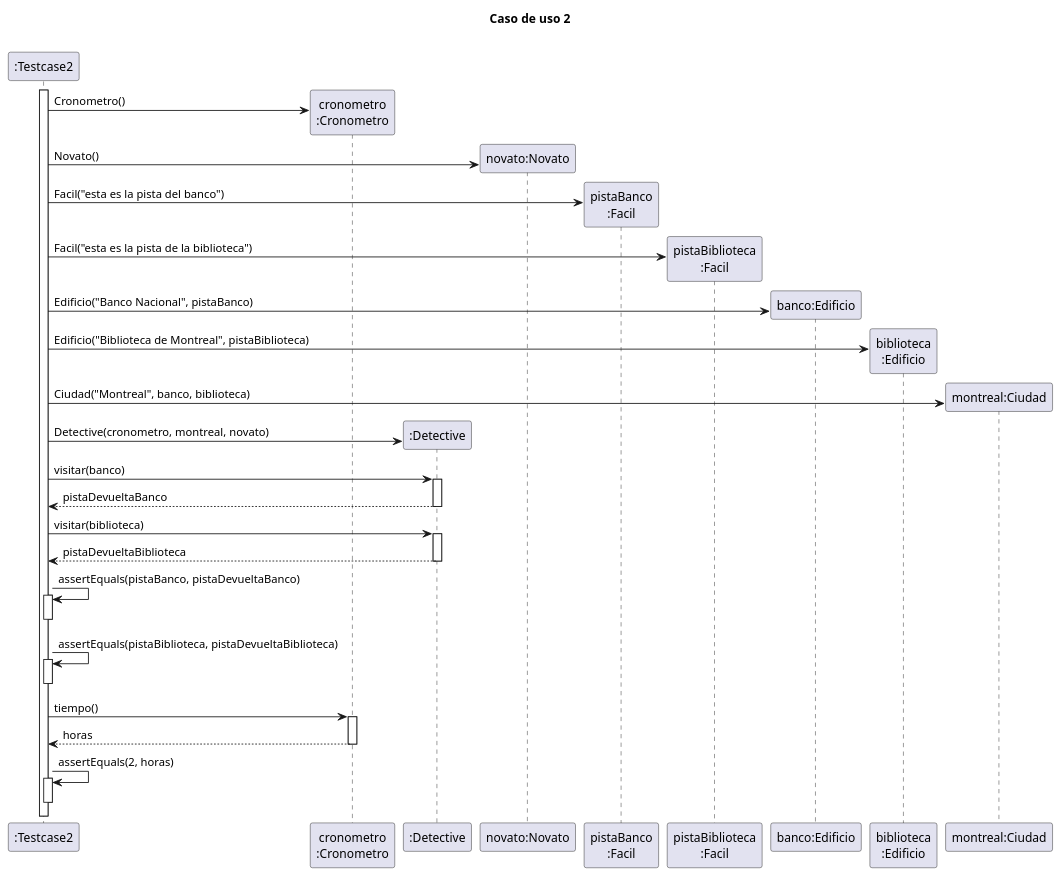
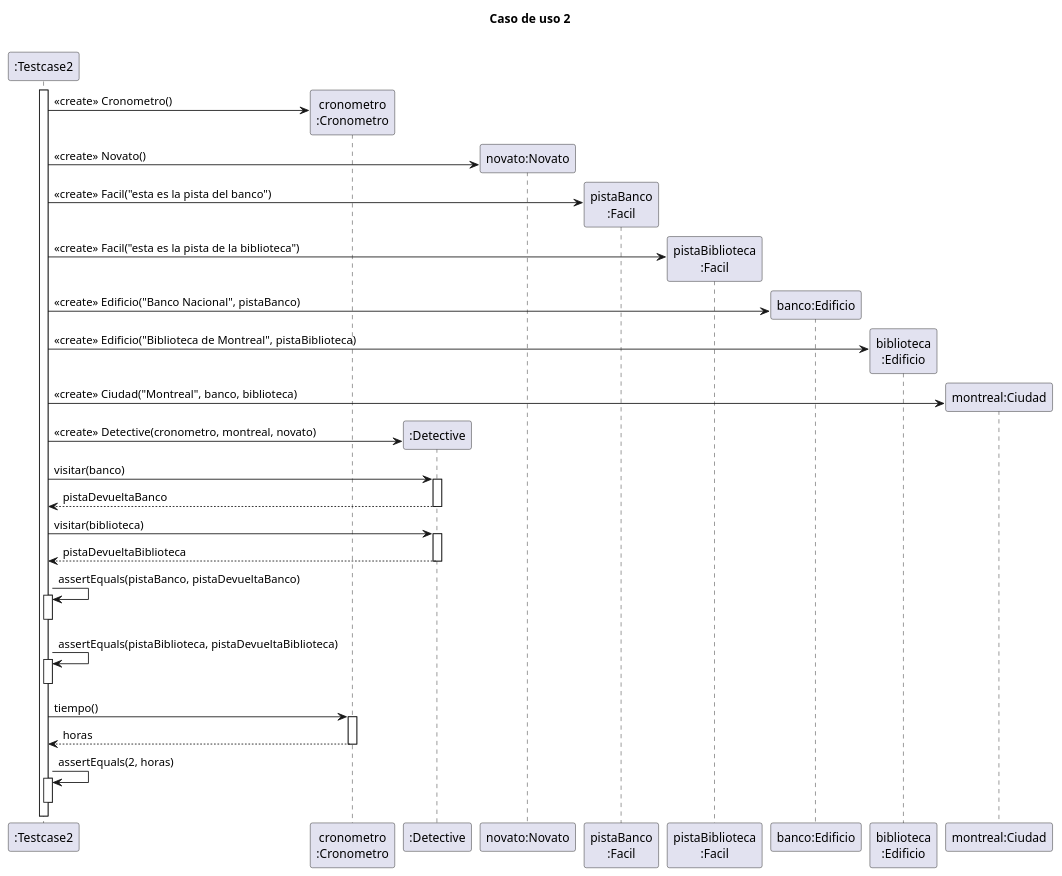
Before and after one commit to MegaRedHand/algo-thief: the diagram in diagrams/sequences/secuencia_testcase02.plantuml, drawn with PlantUML. The commit also changed 9 other files, not shown here.

Commit message:
docs: agrego <<create>> a los diagramas de secuencia

```diff
--- a/diagrams/sequences/secuencia_testcase02.plantuml
+++ b/diagrams/sequences/secuencia_testcase02.plantuml
@@ -1,57 +1,57 @@
 @startuml
 
 title "Caso de uso 2"
 
 participant ":Testcase2" as testcase
 participant "cronometro\n:Cronometro" as cron
 participant ":Detective" as detective
 participant "novato:Novato" as novato
 participant "pistaBanco\n:Facil" as pistaBanco
 participant "pistaBiblioteca\n:Facil" as pistaBiblioteca
 participant "banco:Edificio" as banco
 participant "biblioteca\n:Edificio" as biblioteca
 participant "montreal:Ciudad" as montreal
 
 activate testcase
 create cron
-testcase -> cron: Cronometro()
+testcase -> cron: <<create>> Cronometro()
 create novato
-testcase -> novato: Novato()
+testcase -> novato: <<create>> Novato()
 create pistaBanco
-testcase -> pistaBanco: Facil("esta es la pista del banco")
+testcase -> pistaBanco: <<create>> Facil("esta es la pista del banco")
 create pistaBiblioteca
-testcase -> pistaBiblioteca: Facil("esta es la pista de la biblioteca")
+testcase -> pistaBiblioteca: <<create>> Facil("esta es la pista de la biblioteca")
 create banco
-testcase -> banco: Edificio("Banco Nacional", pistaBanco)
+testcase -> banco: <<create>> Edificio("Banco Nacional", pistaBanco)
 create biblioteca
-testcase -> biblioteca: Edificio("Biblioteca de Montreal", pistaBiblioteca)
+testcase -> biblioteca: <<create>> Edificio("Biblioteca de Montreal", pistaBiblioteca)
 create montreal
-testcase -> montreal: Ciudad("Montreal", banco, biblioteca)
+testcase -> montreal: <<create>> Ciudad("Montreal", banco, biblioteca)
 create detective
-testcase -> detective: Detective(cronometro, montreal, novato)
+testcase -> detective: <<create>> Detective(cronometro, montreal, novato)
 
 testcase -> detective: visitar(banco)
     activate detective
     return pistaDevueltaBanco
 
 testcase -> detective: visitar(biblioteca)
     activate detective
     return pistaDevueltaBiblioteca
 
 testcase -> testcase: assertEquals(pistaBanco, pistaDevueltaBanco)
 activate testcase
 deactivate testcase
 
 testcase -> testcase: assertEquals(pistaBiblioteca, pistaDevueltaBiblioteca)
 activate testcase
 deactivate testcase
 
 testcase -> cron: tiempo()
     activate cron
     return horas
 
 testcase -> testcase: assertEquals(2, horas)
 activate testcase
 deactivate testcase
 
 @enduml
```
